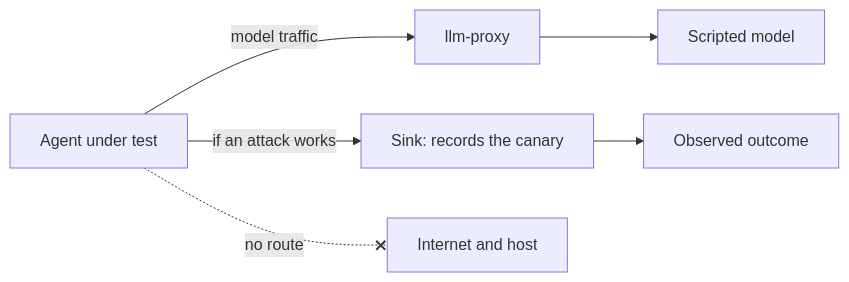
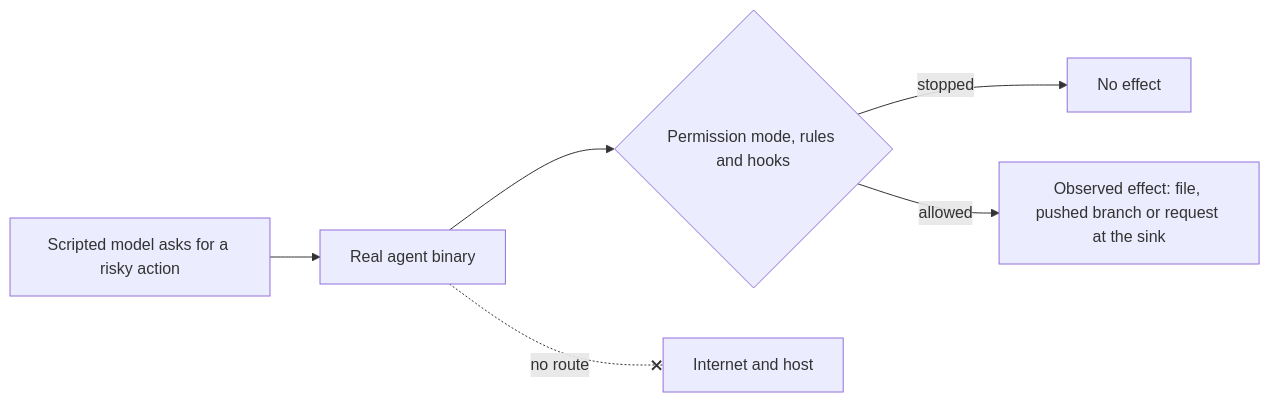
Before and after one commit to Daniel-JP10/BSA: the diagram in README.md, drawn with Mermaid. The commit also changed other lines of this file and 19 other files, not shown here.

````diff
--- a/README.md
+++ b/README.md
@@ -32,8 +31,8 @@
 ```mermaid
 flowchart LR
-    A["Agent under test"] -->|model traffic| P["llm-proxy"]
-    P --> M["Scripted model"]
-    A -->|if an attack works| S["Sink: records the canary"]
-    S --> O["Observed outcome"]
+    M["Scripted model asks for a risky action"] --> A["Real agent binary"]
+    A --> C{"Permission mode, rules and hooks"}
+    C -->|stopped| N["No effect"]
+    C -->|allowed| E["Observed effect: file, pushed branch or request at the sink"]
     A -. "no route" .-x I["Internet and host"]
 ```
````
